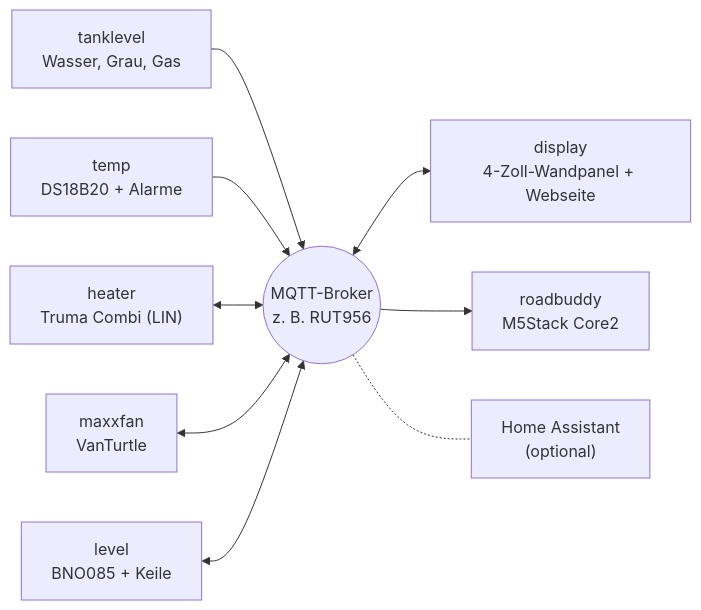
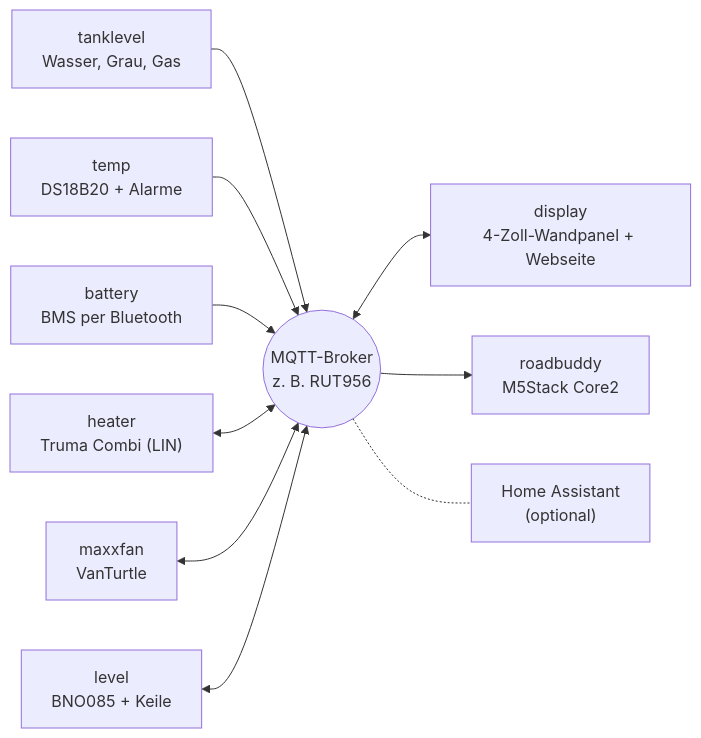
The diagram in README.md (hflocki/camper-mqtt), drawn with Mermaid before and after one commit. The commit also changed other lines of this file and 21 other files, not shown here.

Commit message:
battery: BLE gateway for Daly BMS and Ective BM X

````diff
--- a/README.md
+++ b/README.md
@@ -5,12 +5,13 @@
 ```mermaid
 flowchart LR
   broker(("MQTT-Broker<br/>z. B. RUT956"))
   tank["tanklevel<br/>Wasser, Grau, Gas"] --> broker
   temp["temp<br/>DS18B20 + Alarme"] --> broker
+  bat["battery<br/>BMS per Bluetooth"] --> broker
   heater["heater<br/>Truma Combi (LIN)"] <--> broker
   fan["maxxfan<br/>VanTurtle"] <--> broker
   level["level<br/>BNO085 + Keile"] <--> broker
   broker <--> display["display<br/>4-Zoll-Wandpanel + Webseite"]
   broker --> rb["roadbuddy<br/>M5Stack Core2"]
   broker -.- ha["Home Assistant<br/>(optional)"]
 ```
````
